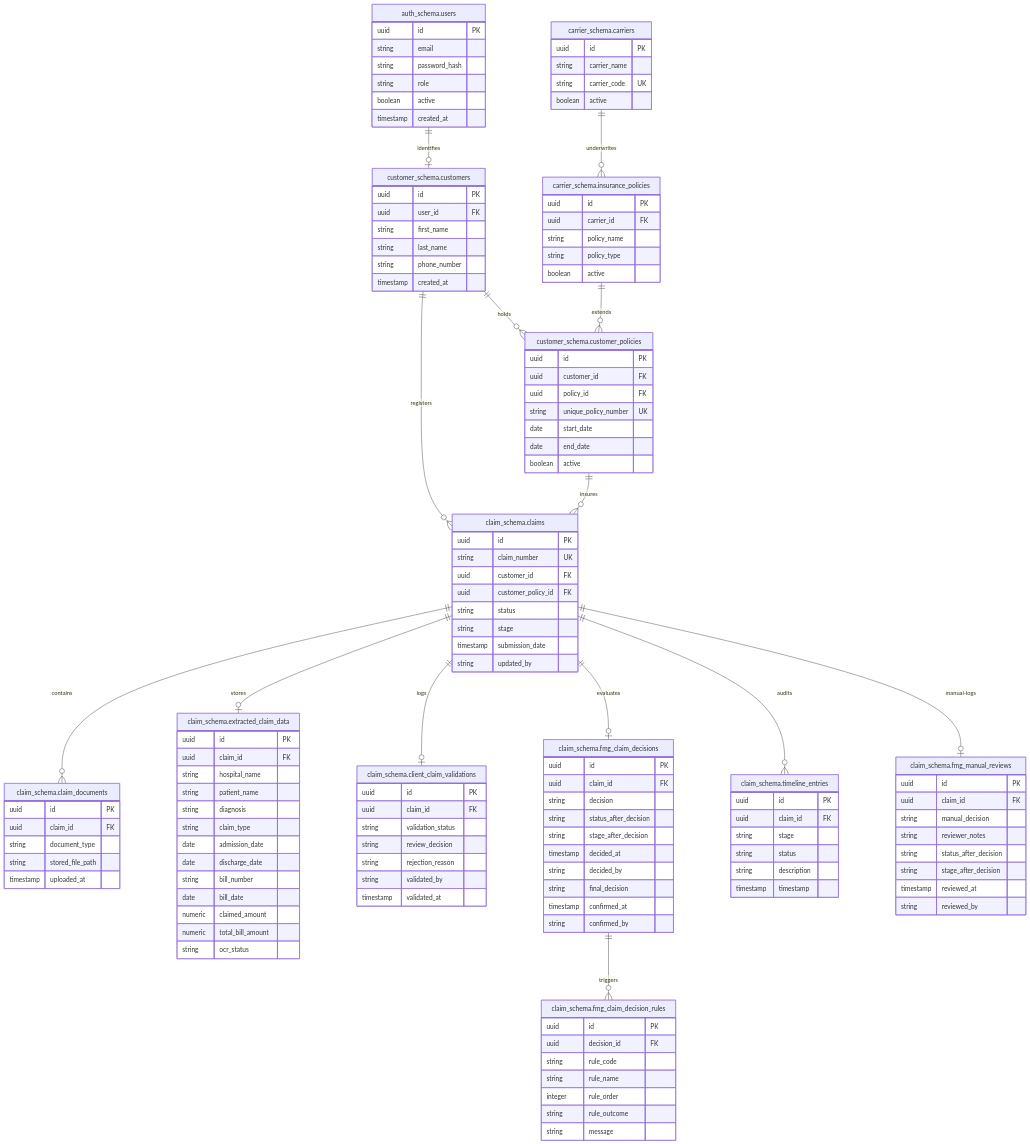
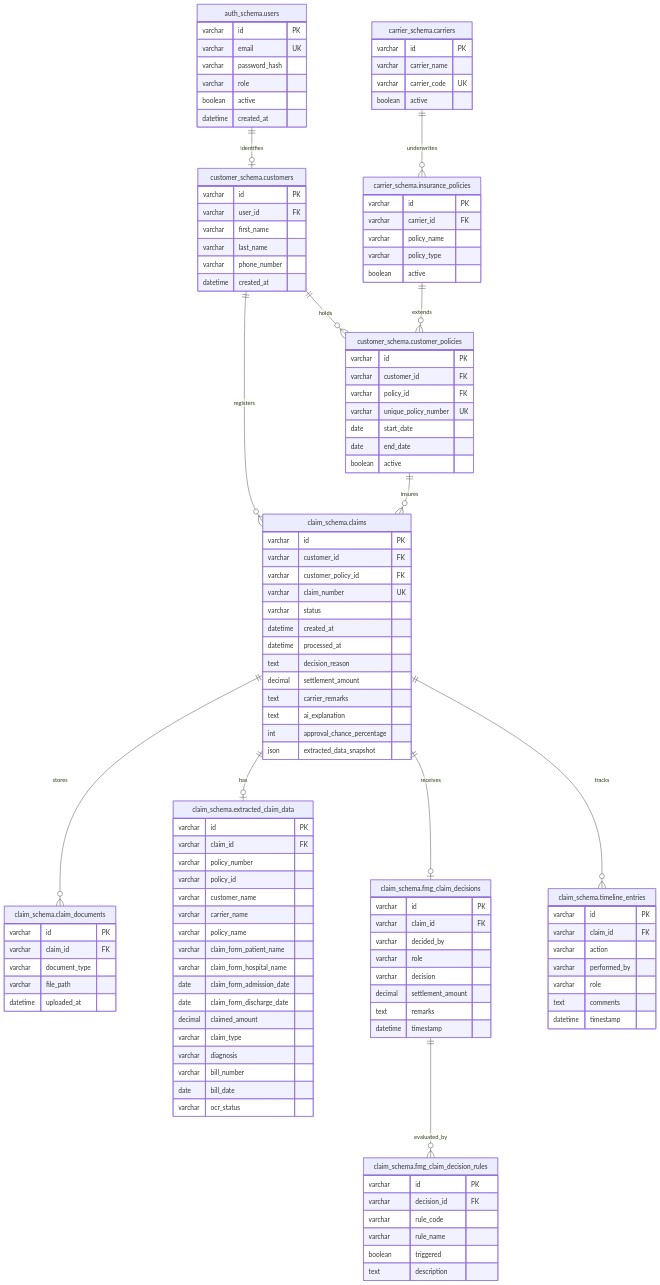
One commit to Sampramardhan/Tpa_Claim_Process changed the sixth of 6 diagrams in README.md. Above: the diagram before and after it, drawn with Mermaid. The commit also changed other lines of this file, not shown here.

Commit message:
Refactor Database ERD to high-fidelity 3-column format

````diff
--- a/README.md
+++ b/README.md
@@ -323,12 +323,12 @@
     "auth_schema.users" ||--o| "customer_schema.customers" : "identifies"
     
     "auth_schema.users" {
-        uuid id PK
-        string email
-        string password_hash
-        string role
+        varchar id PK
+        varchar email UK
+        varchar password_hash
+        varchar role
         boolean active
-        timestamp created_at
+        datetime created_at
     }
 
     %% ==========================================
@@ -339,19 +339,19 @@
     "customer_schema.customer_policies" ||--o{ "claim_schema.claims" : "insures"
     
     "customer_schema.customers" {
-        uuid id PK
-        uuid user_id FK
-        string first_name
-        string last_name
-        string phone_number
-        timestamp created_at
+        varchar id PK
+        varchar user_id FK
+        varchar first_name
+        varchar last_name
+        varchar phone_number
+        datetime created_at
     }
     
     "customer_schema.customer_policies" {
-        uuid id PK
-        uuid customer_id FK
-        uuid policy_id FK
-        string unique_policy_number UK
+        varchar id PK
+        varchar customer_id FK
+        varchar policy_id FK
+        varchar unique_policy_number UK
         date start_date
         date end_date
         boolean active
@@ -364,117 +364,100 @@
     "carrier_schema.insurance_policies" ||--o{ "customer_schema.customer_policies" : "extends"
     
     "carrier_schema.carriers" {
-        uuid id PK
-        string carrier_name
-        string carrier_code UK
+        varchar id PK
+        varchar carrier_name
+        varchar carrier_code UK
         boolean active
     }
 
     "carrier_schema.insurance_policies" {
-        uuid id PK
-        uuid carrier_id FK
-        string policy_name
-        string policy_type
+        varchar id PK
+        varchar carrier_id FK
+        varchar policy_name
+        varchar policy_type
         boolean active
     }
 
     %% ==========================================
     %% 📋 CLAIM SCHEMA (Core Transactions)
     %% ==========================================
-    "claim_schema.claims" ||--o{ "claim_schema.claim_documents" : "contains"
-    "claim_schema.claims" ||--o| "claim_schema.extracted_claim_data" : "stores"
-    "claim_schema.claims" ||--o| "claim_schema.client_claim_validations" : "logs"
-    "claim_schema.claims" ||--o| "claim_schema.fmg_claim_decisions" : "evaluates"
-    "claim_schema.claims" ||--o{ "claim_schema.timeline_entries" : "audits"
-    
-    "claim_schema.fmg_claim_decisions" ||--o{ "claim_schema.fmg_claim_decision_rules" : "triggers"
-    "claim_schema.claims" ||--o| "claim_schema.fmg_manual_reviews" : "manual-logs"
+    "claim_schema.claims" ||--o{ "claim_schema.claim_documents" : "stores"
+    "claim_schema.claims" ||--o| "claim_schema.extracted_claim_data" : "has"
+    "claim_schema.claims" ||--o| "claim_schema.fmg_claim_decisions" : "receives"
+    "claim_schema.claims" ||--o{ "claim_schema.timeline_entries" : "tracks"
+    "claim_schema.fmg_claim_decisions" ||--o{ "claim_schema.fmg_claim_decision_rules" : "evaluated_by"
 
     "claim_schema.claims" {
-        uuid id PK
-        string claim_number UK
-        uuid customer_id FK
-        uuid customer_policy_id FK
-        string status
-        string stage
-        timestamp submission_date
-        string updated_by
+        varchar id PK
+        varchar customer_id FK
+        varchar customer_policy_id FK
+        varchar claim_number UK
+        varchar status
+        datetime created_at
+        datetime processed_at
+        text decision_reason
+        decimal settlement_amount
+        text carrier_remarks
+        text ai_explanation
+        int approval_chance_percentage
+        json extracted_data_snapshot
     }
     
     "claim_schema.claim_documents" {
-        uuid id PK
-        uuid claim_id FK
-        string document_type
-        string stored_file_path
-        timestamp uploaded_at
+        varchar id PK
+        varchar claim_id FK
+        varchar document_type
+        varchar file_path
+        datetime uploaded_at
     }
 
     "claim_schema.extracted_claim_data" {
-        uuid id PK
-        uuid claim_id FK
-        string hospital_name
-        string patient_name
-        string diagnosis
-        string claim_type
-        date admission_date
-        date discharge_date
-        string bill_number
+        varchar id PK
+        varchar claim_id FK
+        varchar policy_number
+        varchar policy_id
+        varchar customer_name
+        varchar carrier_name
+        varchar policy_name
+        varchar claim_form_patient_name
+        varchar claim_form_hospital_name
+        date claim_form_admission_date
+        date claim_form_discharge_date
+        decimal claimed_amount
+        varchar claim_type
+        varchar diagnosis
+        varchar bill_number
         date bill_date
-        numeric claimed_amount
-        numeric total_bill_amount
-        string ocr_status
+        varchar ocr_status
     }
     
-    "claim_schema.client_claim_validations" {
-        uuid id PK
-        uuid claim_id FK
-        string validation_status
-        string review_decision
-        string rejection_reason
-        string validated_by
-        timestamp validated_at
-    }
-
     "claim_schema.fmg_claim_decisions" {
-        uuid id PK
-        uuid claim_id FK
-        string decision
-        string status_after_decision
-        string stage_after_decision
-        timestamp decided_at
-        string decided_by
-        string final_decision
-        timestamp confirmed_at
-        string confirmed_by
+        varchar id PK
+        varchar claim_id FK
+        varchar decided_by
+        varchar role
+        varchar decision
+        decimal settlement_amount
+        text remarks
+        datetime timestamp
     }
 
     "claim_schema.fmg_claim_decision_rules" {
-        uuid id PK
-        uuid decision_id FK
-        string rule_code
-        string rule_name
-        integer rule_order
-        string rule_outcome
-        string message
-    }
-    
-    "claim_schema.fmg_manual_reviews" {
-        uuid id PK
-        uuid claim_id FK
-        string manual_decision
-        string reviewer_notes
-        string status_after_decision
-        string stage_after_decision
-        timestamp reviewed_at
-        string reviewed_by
+        varchar id PK
+        varchar decision_id FK
+        varchar rule_code
+        varchar rule_name
+        boolean triggered
+        text description
     }
     
     "claim_schema.timeline_entries" {
-        uuid id PK
-        uuid claim_id FK
-        string stage
-        string status
-        string description
-        timestamp timestamp
+        varchar id PK
+        varchar claim_id FK
+        varchar action
+        varchar performed_by
+        varchar role
+        text comments
+        datetime timestamp
     }
 ```
````
